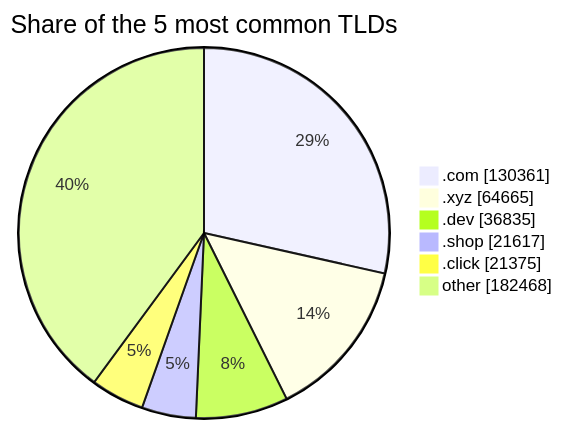
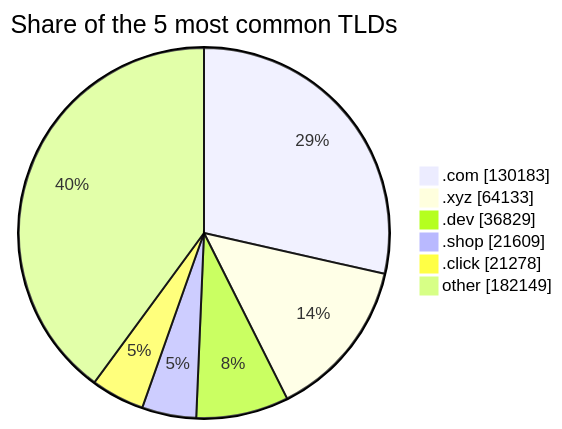
The third of 3 diagrams in README.md (DNSBunker/CTI), drawn with Mermaid before and after one commit. The commit also changed other lines of this file and 3 other files, not shown here.

````diff
--- a/README.md
+++ b/README.md
@@ -81,9 +81,9 @@
 ```mermaid
 pie showData title Share of the 5 most common TLDs
-    ".com" : 130361
-    ".xyz" : 64665
-    ".dev" : 36835
-    ".shop" : 21617
-    ".click" : 21375
-    "other" : 182468
+    ".com" : 130183
+    ".xyz" : 64133
+    ".dev" : 36829
+    ".shop" : 21609
+    ".click" : 21278
+    "other" : 182149
 ```
````
